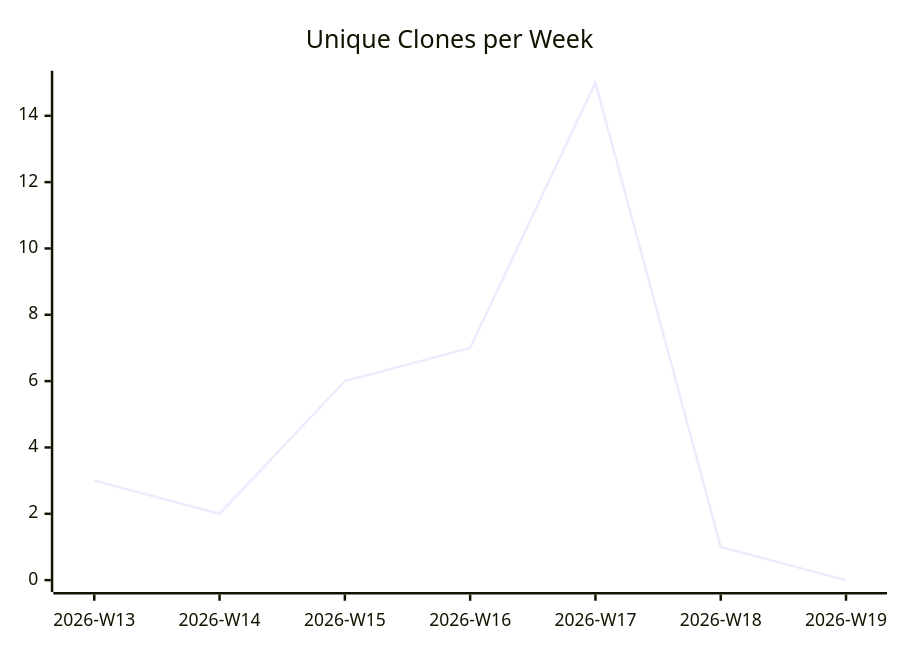
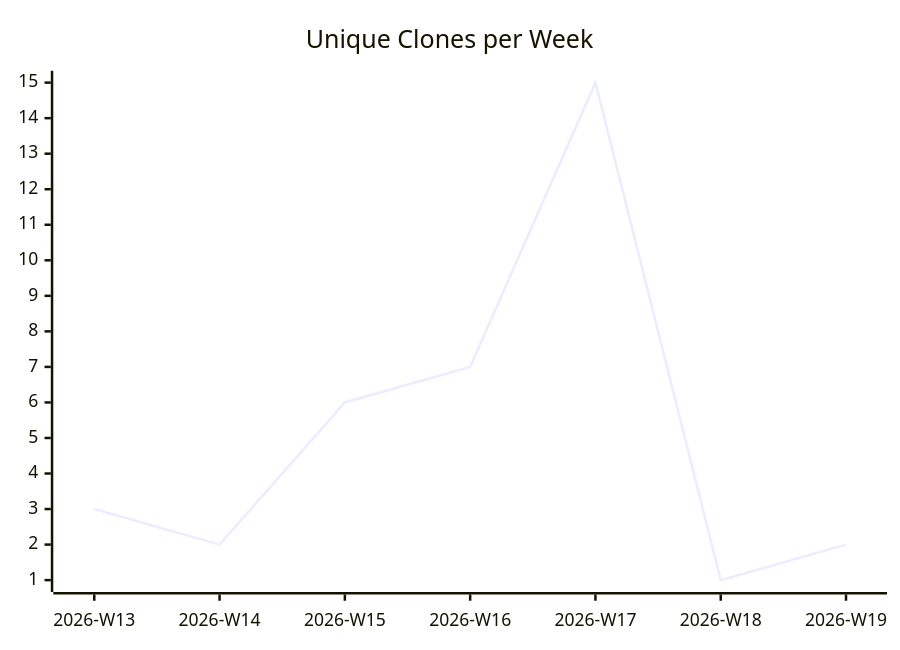
Before and after one commit to justdavis-family/github-analytics-data: the third of 3 diagrams in karlmdavis/justdavis-ansible/README.md, drawn with Mermaid. The commit also changed other lines of this file and 187 other files, not shown here.

````diff
--- a/karlmdavis/justdavis-ansible/README.md
+++ b/karlmdavis/justdavis-ansible/README.md
@@ -19,6 +19,6 @@
 ```mermaid
 xychart-beta
   title "Unique Clones per Week"
   x-axis ["2026-W13", "2026-W14", "2026-W15", "2026-W16", "2026-W17", "2026-W18", "2026-W19"]
-  line [3, 2, 6, 7, 15, 1, 0]
+  line [3, 2, 6, 7, 15, 1, 2]
 ```
````
